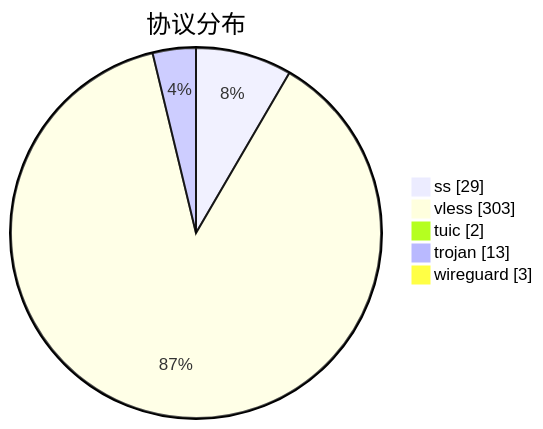
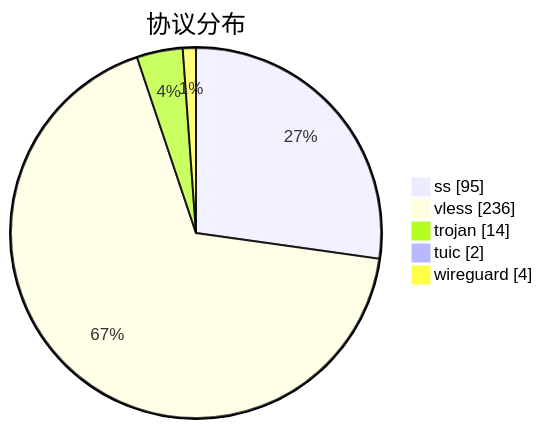
The third of 3 diagrams in subs/statistics/tested_within.md (qjlxg/airport), drawn with Mermaid before and after one commit. The commit also changed other lines of this file and 2 other files, not shown here.

````diff
--- a/subs/statistics/tested_within.md
+++ b/subs/statistics/tested_within.md
@@ -28,9 +27,9 @@
 ```mermaid
 pie showData
 title 协议分布
-"ss" : 29
-"vless" : 303
+"ss" : 95
+"vless" : 236
+"trojan" : 14
 "tuic" : 2
-"trojan" : 13
-"wireguard" : 3
+"wireguard" : 4
 ```
````
